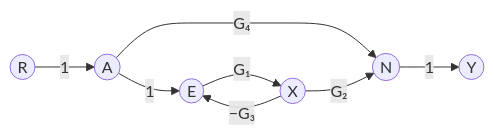
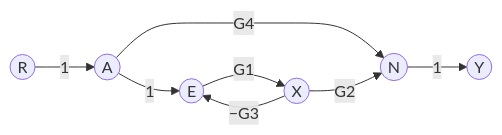
The tenth of 14 diagrams in Lecture-Notes/Week06_Control-System-Modeling-III/Concepts_Lecture.ko.md (Choroning/25Fall_Neural-Network-Control-Systems), drawn with Mermaid before and after one commit. The commit also changed other lines of this file and 25 other files, not shown here.

````diff
--- a/Lecture-Notes/Week06_Control-System-Modeling-III/Concepts_Lecture.ko.md
+++ b/Lecture-Notes/Week06_Control-System-Modeling-III/Concepts_Lecture.ko.md
@@ -328,10 +328,10 @@
 ```mermaid
 flowchart LR
   R(("R")) -->|"1"| A(("A"))
   A -->|"1"| E(("E"))
-  A -->|"G₄"| N(("N"))
-  E -->|"G₁"| X(("X"))
-  X -->|"−G₃"| E
-  X -->|"G₂"| N
+  A -->|"G4"| N(("N"))
+  E -->|"G1"| X(("X"))
+  X -->|"−G3"| E
+  X -->|"G2"| N
   N -->|"1"| Y(("Y"))
 ```
````
